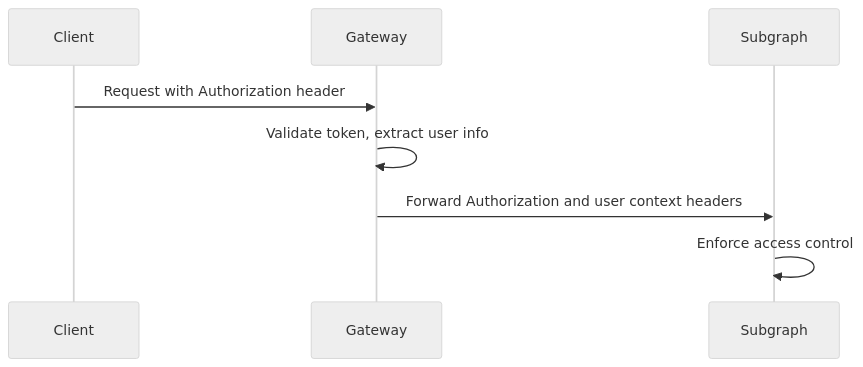
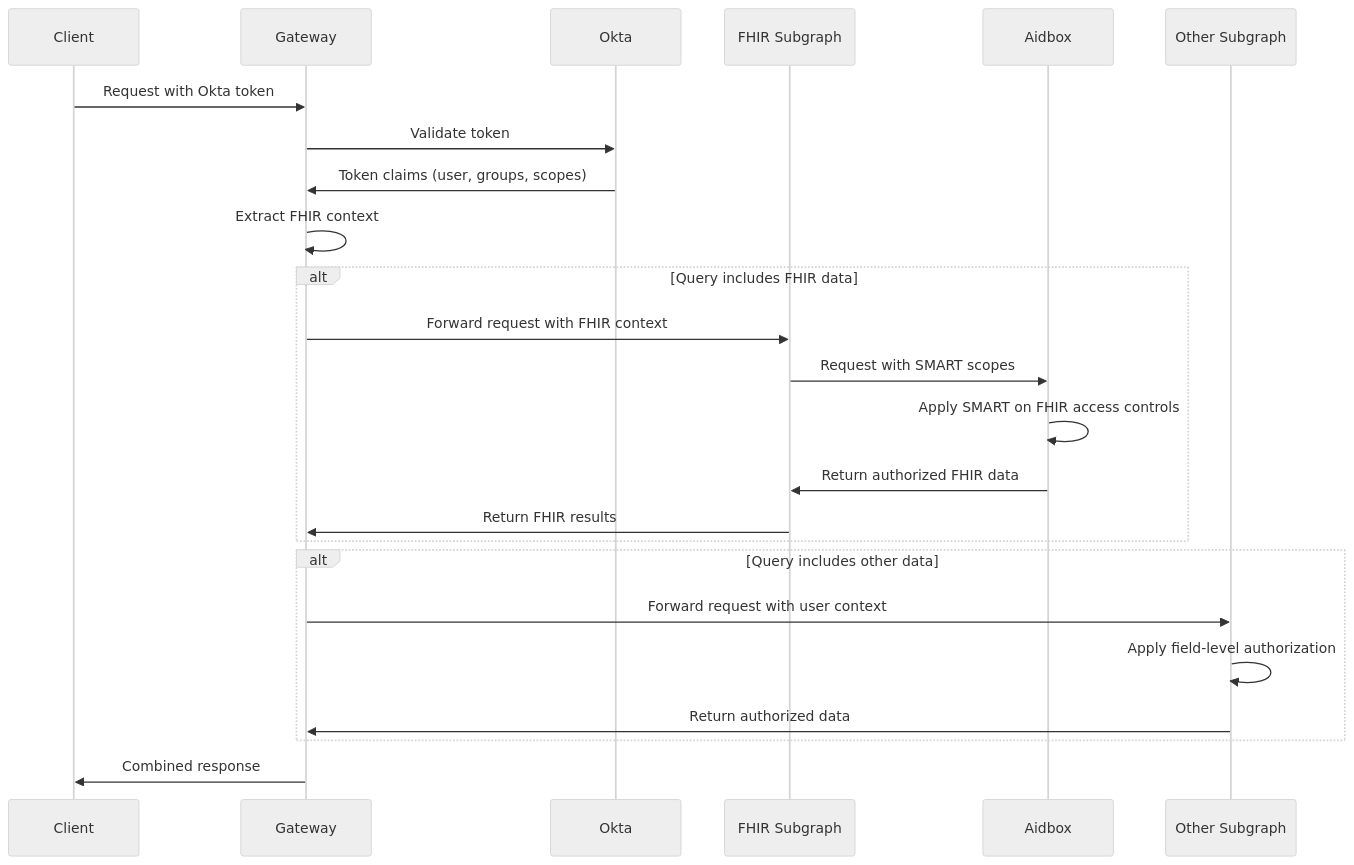
Before and after one commit to ryan-norman-cmm/cmm-reference-architecture: the second of 2 diagrams in docs/architecture/core_components/federated-graph-api/02-core-functionality/gateway-configuration.md, drawn with Mermaid (neutral theme). The commit also changed other lines of this file and 2 other files, not shown here.

First line of the commit message:
docs: update Federated GraphQL API documentation to align with technology standards

````diff
--- a/docs/architecture/core_components/federated-graph-api/02-core-functionality/gateway-configuration.md
+++ b/docs/architecture/core_components/federated-graph-api/02-core-functionality/gateway-configuration.md
@@ -153,10 +729,30 @@
 ```mermaid
 sequenceDiagram
   participant Client
   participant Gateway
-  participant Subgraph
-  Client->>Gateway: Request with Authorization header
-  Gateway->>Gateway: Validate token, extract user info
-  Gateway->>Subgraph: Forward Authorization and user context headers
-  Subgraph->>Subgraph: Enforce access control
+  participant Okta
+  participant FHIRSubgraph as FHIR Subgraph
+  participant Aidbox
+  participant OtherSubgraph as Other Subgraph
+  
+  Client->>Gateway: Request with Okta token
+  Gateway->>Okta: Validate token
+  Okta->>Gateway: Token claims (user, groups, scopes)
+  Gateway->>Gateway: Extract FHIR context
+  
+  alt Query includes FHIR data
+    Gateway->>FHIRSubgraph: Forward request with FHIR context
+    FHIRSubgraph->>Aidbox: Request with SMART scopes
+    Aidbox->>Aidbox: Apply SMART on FHIR access controls
+    Aidbox->>FHIRSubgraph: Return authorized FHIR data
+    FHIRSubgraph->>Gateway: Return FHIR results
+  end
+  
+  alt Query includes other data
+    Gateway->>OtherSubgraph: Forward request with user context
+    OtherSubgraph->>OtherSubgraph: Apply field-level authorization
+    OtherSubgraph->>Gateway: Return authorized data
+  end
+  
+  Gateway->>Client: Combined response
 ```
````
